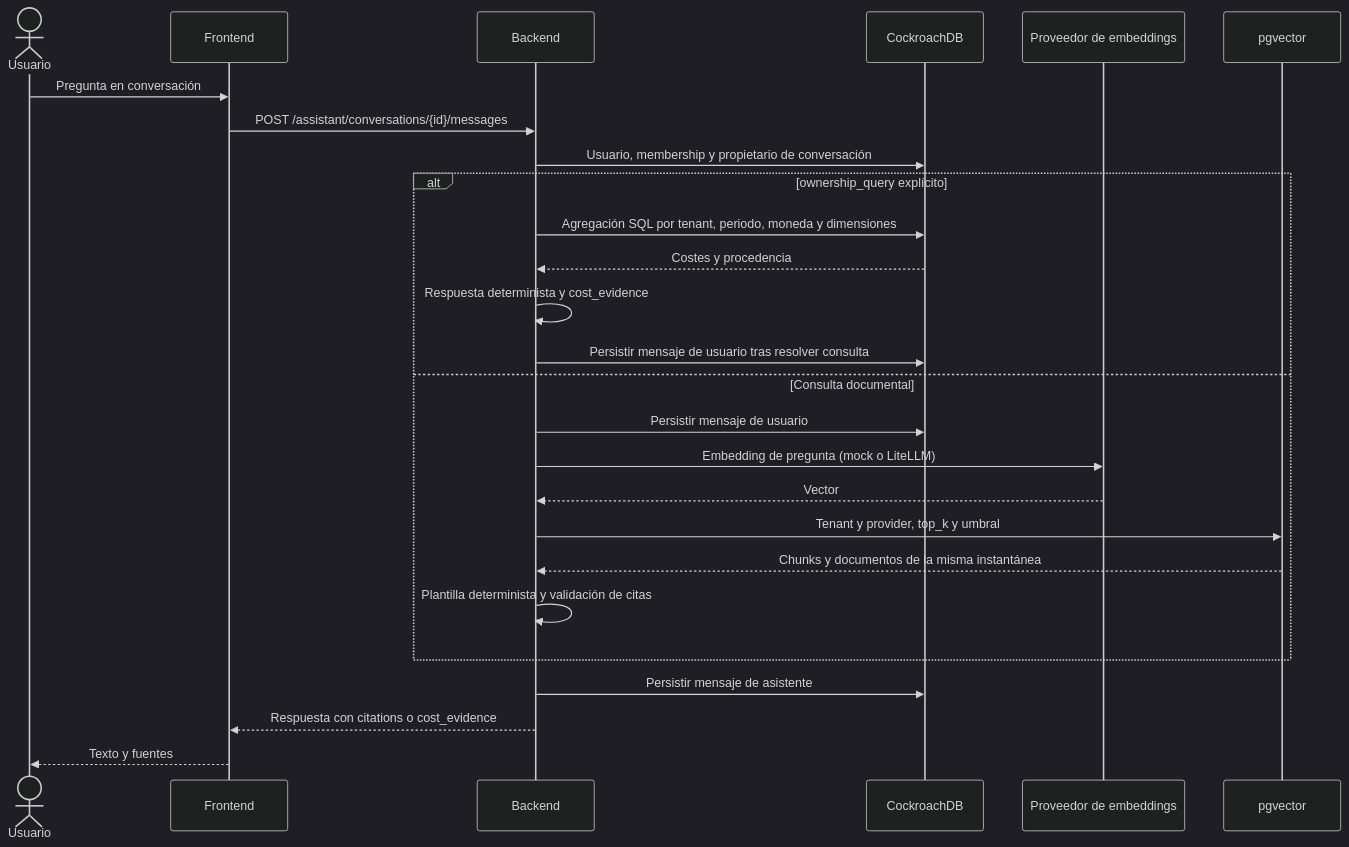
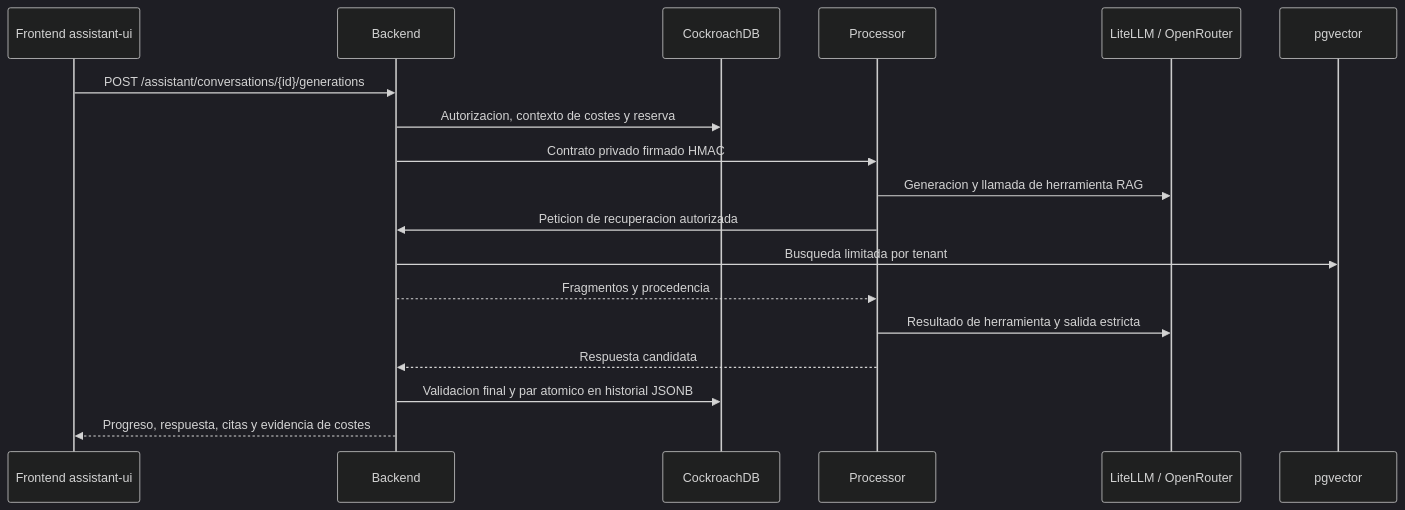
Before and after one commit to EconomiconFinOps/tfm-economicon: the second of 8 diagrams in docs/architecture.md, drawn with Mermaid (dark theme). The commit also changed other lines of this file and 50 other files, not shown here.

````diff
--- a/docs/architecture.md
+++ b/docs/architecture.md
@@ -65,28 +65,20 @@
 ```mermaid
 sequenceDiagram
-  actor U as Usuario
-  participant UI as Frontend
+  participant UI as Frontend assistant-ui
   participant B as Backend
   participant DB as CockroachDB
-  participant E as Proveedor de embeddings
+  participant P as Processor
+  participant G as LiteLLM / OpenRouter
   participant V as pgvector
-  U->>UI: Pregunta en conversación
-  UI->>B: POST /assistant/conversations/{id}/messages
-  B->>DB: Usuario, membership y propietario de conversación
-  alt ownership_query explícito
-    B->>DB: Agregación SQL por tenant, periodo, moneda y dimensiones
-    DB-->>B: Costes y procedencia
-    B->>B: Respuesta determinista y cost_evidence
-    B->>DB: Persistir mensaje de usuario tras resolver consulta
-  else Consulta documental
-  B->>DB: Persistir mensaje de usuario
-  B->>E: Embedding de pregunta (mock o LiteLLM)
-  E-->>B: Vector
-  B->>V: Tenant y provider, top_k y umbral
-  V-->>B: Chunks y documentos de la misma instantánea
-  B->>B: Plantilla determinista y validación de citas
-  end
-  B->>DB: Persistir mensaje de asistente
-  B-->>UI: Respuesta con citations o cost_evidence
-  UI-->>U: Texto y fuentes
+  UI->>B: POST /assistant/conversations/{id}/generations
+  B->>DB: Autorizacion, contexto de costes y reserva
+  B->>P: Contrato privado firmado HMAC
+  P->>G: Generacion y llamada de herramienta RAG
+  P->>B: Peticion de recuperacion autorizada
+  B->>V: Busqueda limitada por tenant
+  B-->>P: Fragmentos y procedencia
+  P->>G: Resultado de herramienta y salida estricta
+  P-->>B: Respuesta candidata
+  B->>DB: Validacion final y par atomico en historial JSONB
+  B-->>UI: Progreso, respuesta, citas y evidencia de costes
 ```
````
